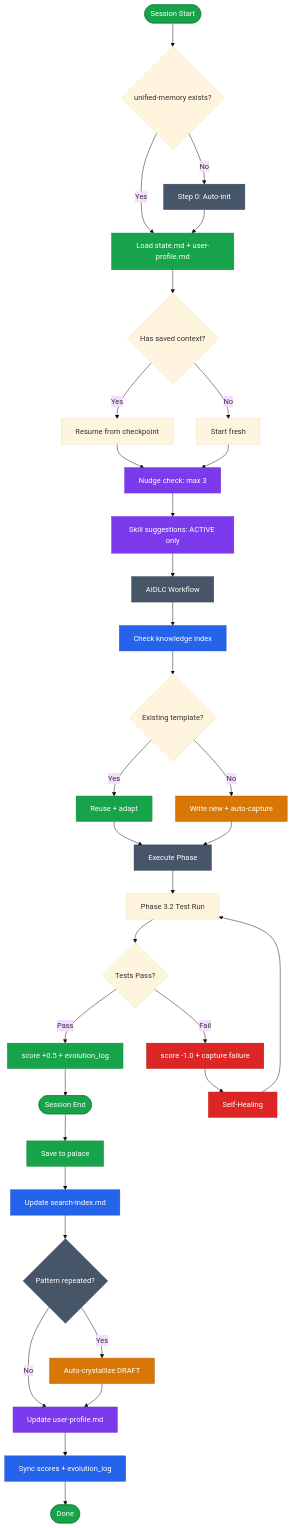
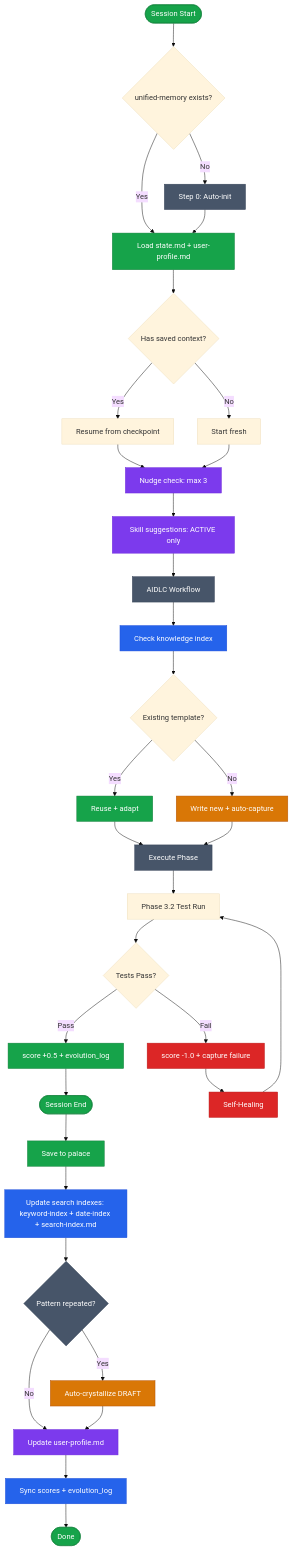
The ninth of 9 diagrams in skills/doc/aidlc/aidlc-flowchart.md (Vit129/skills), drawn with Mermaid (base theme) before and after one commit. The commit also changed 9 other files, not shown here.

First line of the commit message:
feat(unified-memory): implement hybrid search — inverted index + sorted date array

````diff
--- a/skills/doc/aidlc/aidlc-flowchart.md
+++ b/skills/doc/aidlc/aidlc-flowchart.md
@@ -266,59 +266,59 @@
 ```mermaid
 flowchart TD
     SessionStart([Session Start]) --> Bootstrap{unified-memory exists?}
     Bootstrap -->|No| Init[Step 0: Auto-init]
     Bootstrap -->|Yes| MemLoad[Load state.md + user-profile.md]
     Init --> MemLoad
     MemLoad --> HasContext{Has saved context?}
     HasContext -->|Yes| Resume[Resume from checkpoint]
     HasContext -->|No| Fresh[Start fresh]
     Resume --> Nudge[Nudge check: max 3]
     Fresh --> Nudge
     Nudge --> SkillSuggest[Skill suggestions: ACTIVE only]
     SkillSuggest --> AIDLC[AIDLC Workflow]
 
     AIDLC --> KnowCheck[Check knowledge index]
     KnowCheck --> HasTemplate{Existing template?}
     HasTemplate -->|Yes| Reuse[Reuse + adapt]
     HasTemplate -->|No| NewCode[Write new + auto-capture]
     Reuse --> Execute[Execute Phase]
     NewCode --> Execute
 
     Execute --> Phase32[Phase 3.2 Test Run]
     Phase32 --> TestResult{Tests Pass?}
     TestResult -->|Pass| ScoreUp[score +0.5 + evolution_log]
     TestResult -->|Fail| ScoreDown[score -1.0 + capture failure]
     ScoreUp --> SessionEnd
     ScoreDown --> Heal[Self-Healing] --> Phase32
 
     SessionEnd([Session End]) --> MemSave[Save to palace]
-    MemSave --> SearchIdx[Update search-index.md]
+    MemSave --> SearchIdx[Update search indexes: keyword-index + date-index + search-index.md]
     SearchIdx --> SkillCrystal{Pattern repeated?}
     SkillCrystal -->|Yes| AutoDraft[Auto-crystallize DRAFT]
     SkillCrystal -->|No| ProfileUpdate[Update user-profile.md]
     AutoDraft --> ProfileUpdate
     ProfileUpdate --> KnowSync[Sync scores + evolution_log]
     KnowSync --> Done([Done])
 
     style SessionStart fill:#16a34a,color:#fff,stroke:#15803d
     style SessionEnd fill:#16a34a,color:#fff,stroke:#15803d
     style Done fill:#16a34a,color:#fff,stroke:#15803d
     style Init fill:#475569,color:#fff,stroke:#334155
     style MemLoad fill:#16a34a,color:#fff,stroke:#15803d
     style MemSave fill:#16a34a,color:#fff,stroke:#15803d
     style Nudge fill:#7c3aed,color:#fff,stroke:#6d28d9
     style SkillSuggest fill:#7c3aed,color:#fff,stroke:#6d28d9
     style KnowCheck fill:#2563eb,color:#fff,stroke:#1d4ed8
     style KnowSync fill:#2563eb,color:#fff,stroke:#1d4ed8
     style SearchIdx fill:#2563eb,color:#fff,stroke:#1d4ed8
     style SkillCrystal fill:#475569,color:#fff,stroke:#334155
     style AutoDraft fill:#d97706,color:#fff,stroke:#b45309
     style ProfileUpdate fill:#7c3aed,color:#fff,stroke:#6d28d9
     style Reuse fill:#16a34a,color:#fff,stroke:#15803d
     style NewCode fill:#d97706,color:#fff,stroke:#b45309
     style ScoreUp fill:#16a34a,color:#fff,stroke:#15803d
     style ScoreDown fill:#dc2626,color:#fff,stroke:#b91c1c
     style Heal fill:#dc2626,color:#fff,stroke:#b91c1c
     style AIDLC fill:#475569,color:#fff,stroke:#334155
     style Execute fill:#475569,color:#fff,stroke:#334155
 ```
````
